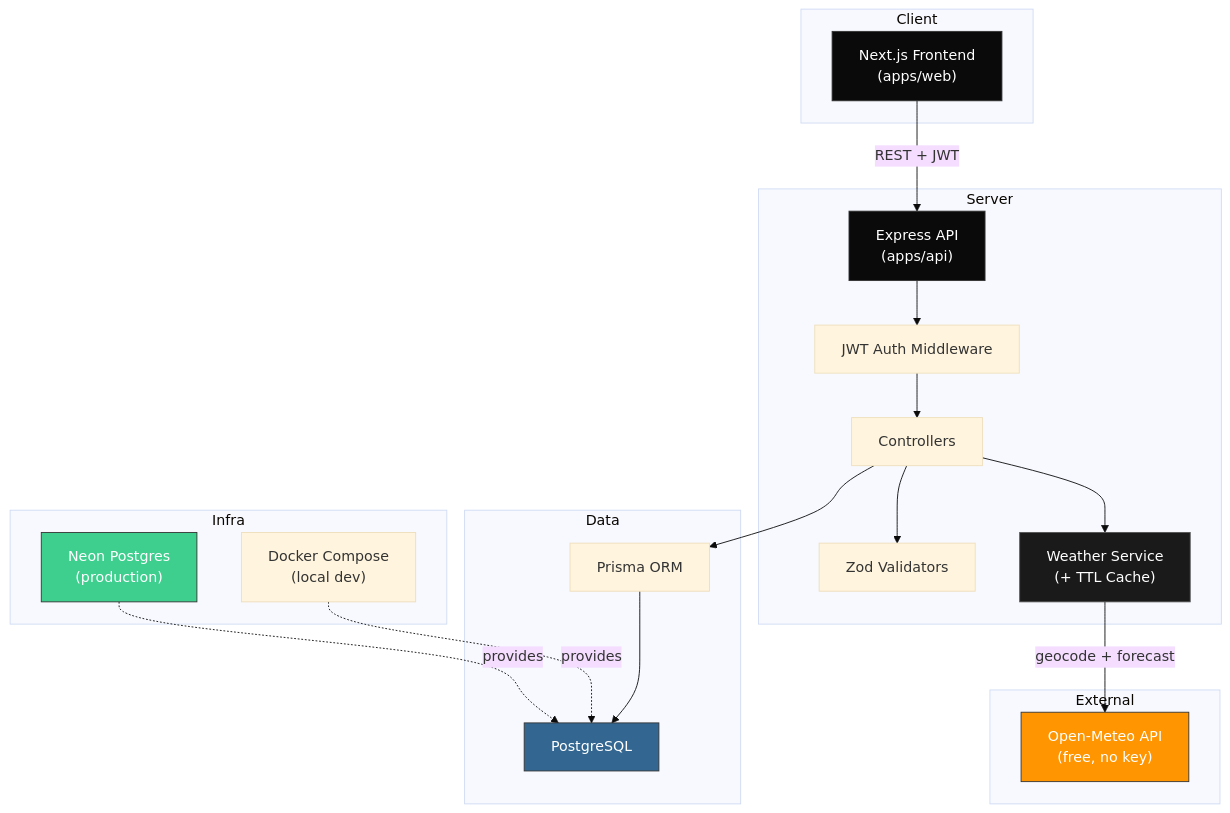
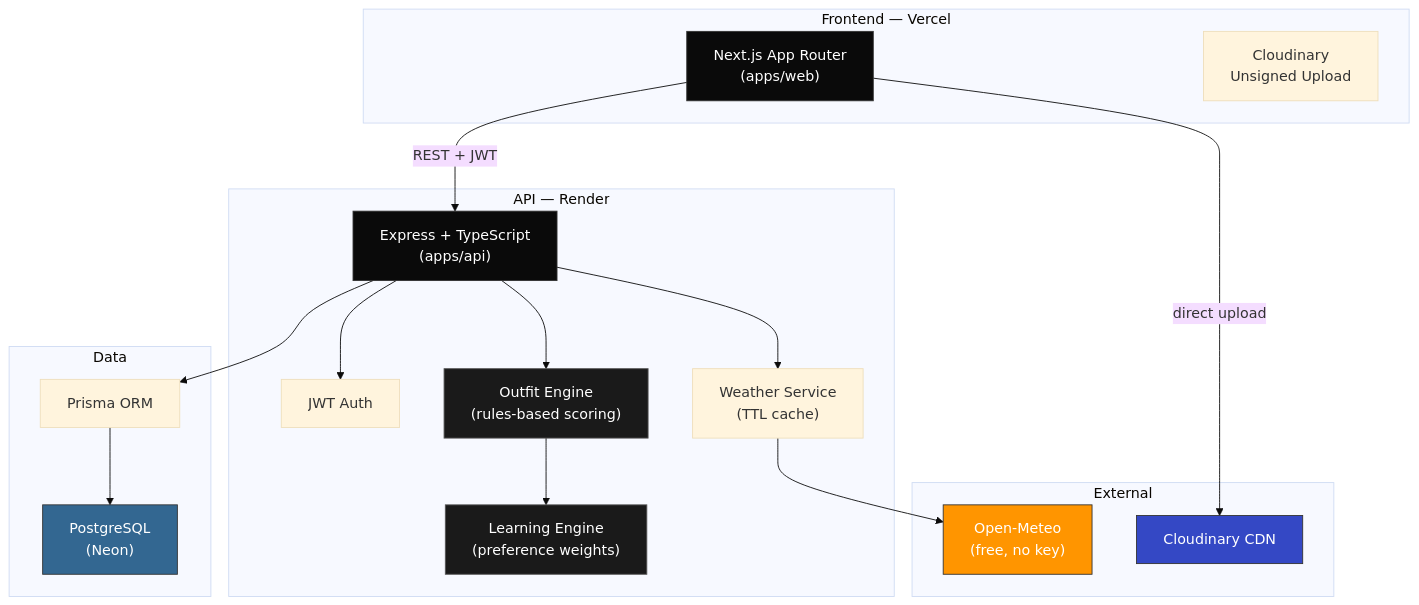
The diagram in README.md (Krishnamodi1200702/outfittr), drawn with Mermaid (base theme) before and after one commit. The commit also changed other lines of this file, not shown here.

Commit message:
docs: recruiter-grade README with architecture + deploy guide

````diff
--- a/README.md
+++ b/README.md
@@ -7,43 +112,41 @@
 ```mermaid
 graph TB
-    subgraph Client
-        WEB["Next.js Frontend<br/>(apps/web)"]
+    subgraph Client["Frontend — Vercel"]
+        WEB["Next.js App Router<br/>(apps/web)"]
+        UPLOAD["Cloudinary<br/>Unsigned Upload"]
     end
 
-    subgraph Server
-        API["Express API<br/>(apps/api)"]
-        AUTH["JWT Auth Middleware"]
-        CTRL["Controllers"]
-        VALID["Zod Validators"]
-        WEATHER["Weather Service<br/>(+ TTL Cache)"]
+    subgraph Server["API — Render"]
+        API["Express + TypeScript<br/>(apps/api)"]
+        AUTH["JWT Auth"]
+        ENGINE["Outfit Engine<br/>(rules-based scoring)"]
+        LEARN["Learning Engine<br/>(preference weights)"]
+        WEATHER["Weather Service<br/>(TTL cache)"]
     end
 
     subgraph External
-        METEO["Open-Meteo API<br/>(free, no key)"]
+        METEO["Open-Meteo<br/>(free, no key)"]
+        CDN["Cloudinary CDN"]
     end
 
     subgraph Data
         PRISMA["Prisma ORM"]
-        PG["PostgreSQL"]
-    end
-
-    subgraph Infra
-        DOCKER["Docker Compose<br/>(local dev)"]
-        NEON["Neon Postgres<br/>(production)"]
+        PG["PostgreSQL<br/>(Neon)"]
     end
 
     WEB -->|"REST + JWT"| API
-    API --> AUTH --> CTRL
-    CTRL --> VALID
-    CTRL --> WEATHER -->|"geocode + forecast"| METEO
-    CTRL --> PRISMA --> PG
-    DOCKER -.->|provides| PG
-    NEON -.->|provides| PG
+    WEB -->|"direct upload"| CDN
+    API --> AUTH
+    API --> ENGINE
+    ENGINE --> LEARN
+    API --> WEATHER --> METEO
+    API --> PRISMA --> PG
 
     style WEB fill:#0a0a0a,stroke:#333,color:#fff
     style API fill:#0a0a0a,stroke:#333,color:#fff
+    style ENGINE fill:#1a1a1a,stroke:#555,color:#fff
+    style LEARN fill:#1a1a1a,stroke:#555,color:#fff
     style PG fill:#336791,stroke:#333,color:#fff
-    style NEON fill:#3ecf8e,stroke:#333,color:#fff
     style METEO fill:#ff9500,stroke:#333,color:#fff
-    style WEATHER fill:#1a1a1a,stroke:#555,color:#fff
+    style CDN fill:#3448c5,stroke:#333,color:#fff
 ```
````
